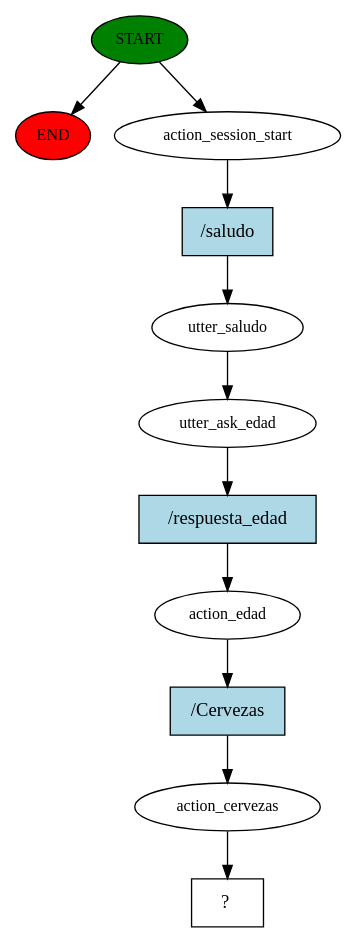
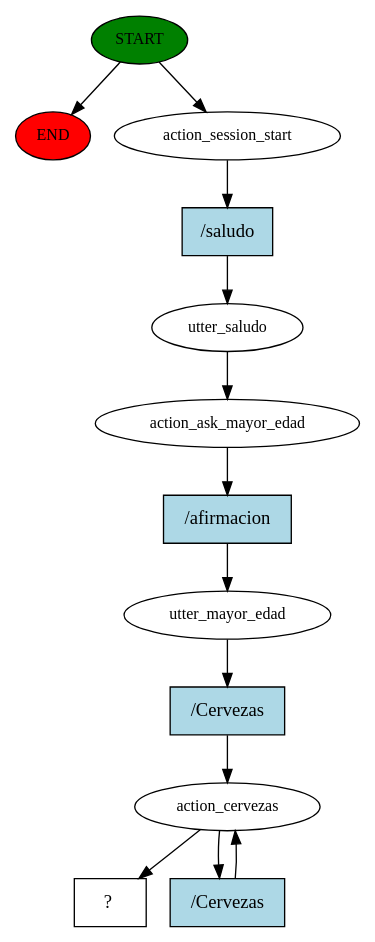
One commit to Dermoplasto/Chatbot_FCT changed the diagram in story_graph.dot. Above: the diagram before and after it, drawn with Graphviz. The commit also changed 4 other files, not shown here.

```diff
--- a/story_graph.dot
+++ b/story_graph.dot
@@ -1,23 +1,26 @@
 digraph  {
 0 [class="start active", fillcolor=green, fontsize=12, label=START, style=filled];
 "-1" [class=end, fillcolor=red, fontsize=12, label=END, style=filled];
 1 [class=active, fontsize=12, label=action_session_start];
 2 [class=active, fontsize=12, label=utter_saludo];
-3 [class=active, fontsize=12, label=utter_ask_edad];
-4 [class=active, fontsize=12, label=action_edad];
+3 [class=active, fontsize=12, label=action_ask_mayor_edad];
+4 [class=active, fontsize=12, label=utter_mayor_edad];
 5 [class=active, fontsize=12, label=action_cervezas];
-6 [class="intent dashed active", label="  ?  ", shape=rect];
-7 [class="intent active", fillcolor=lightblue, label="/saludo", shape=rect, style=filled];
-8 [class="intent active", fillcolor=lightblue, label="/respuesta_edad", shape=rect, style=filled];
-9 [class="intent active", fillcolor=lightblue, label="/Cervezas", shape=rect, style=filled];
+11 [class="intent dashed active", label="  ?  ", shape=rect];
+12 [class="intent active", fillcolor=lightblue, label="/saludo", shape=rect, style=filled];
+13 [class="intent active", fillcolor=lightblue, label="/afirmacion", shape=rect, style=filled];
+14 [class="intent active", fillcolor=lightblue, label="/Cervezas", shape=rect, style=filled];
+15 [class="intent active", fillcolor=lightblue, label="/Cervezas", shape=rect, style=filled];
 0 -> "-1"  [class="", key=NONE, label=""];
 0 -> 1  [class=active, key=NONE, label=""];
-1 -> 7  [class=active, key=0];
+1 -> 12  [class=active, key=0];
 2 -> 3  [class=active, key=NONE, label=""];
-3 -> 8  [class=active, key=0];
-4 -> 9  [class=active, key=0];
-5 -> 6  [class=active, key=NONE, label=""];
-7 -> 2  [class=active, key=0];
-8 -> 4  [class=active, key=0];
-9 -> 5  [class=active, key=0];
+3 -> 13  [class=active, key=0];
+4 -> 14  [class=active, key=0];
+5 -> 11  [class=active, key=NONE, label=""];
+5 -> 15  [class=active, key=0];
+12 -> 2  [class=active, key=0];
+13 -> 4  [class=active, key=0];
+14 -> 5  [class=active, key=0];
+15 -> 5  [class=active, key=0];
 }
```
